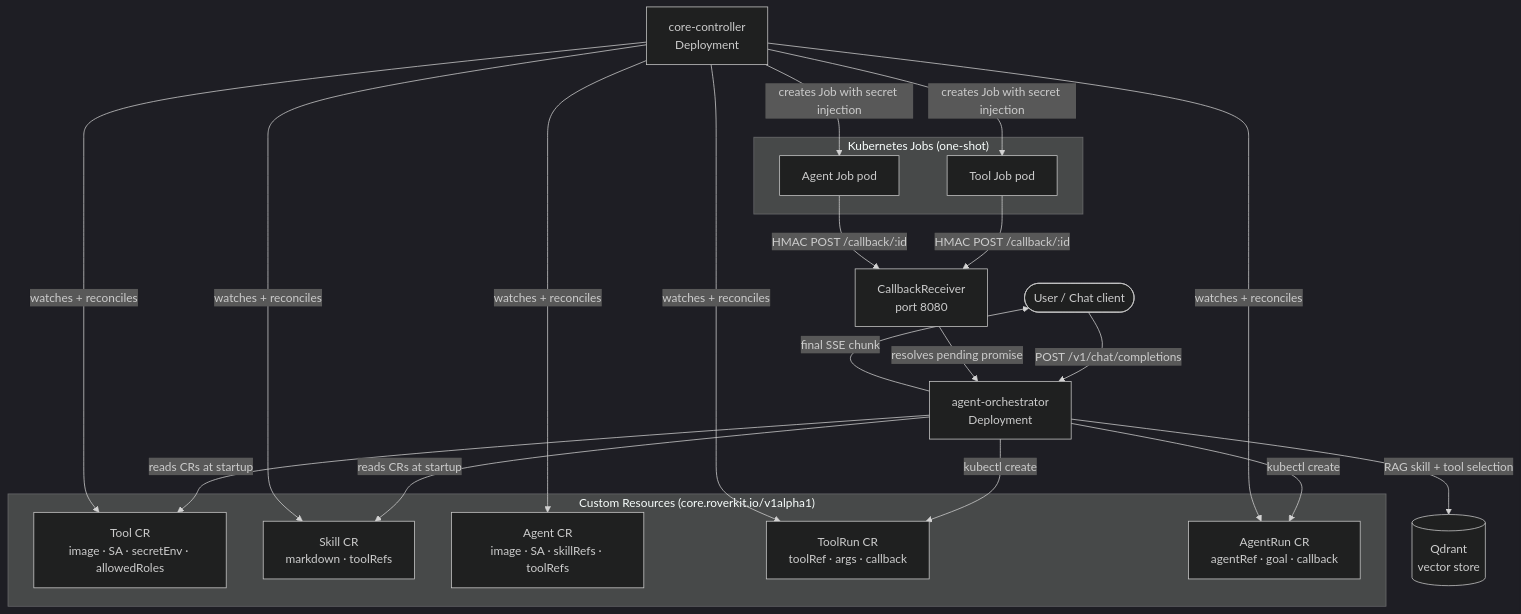
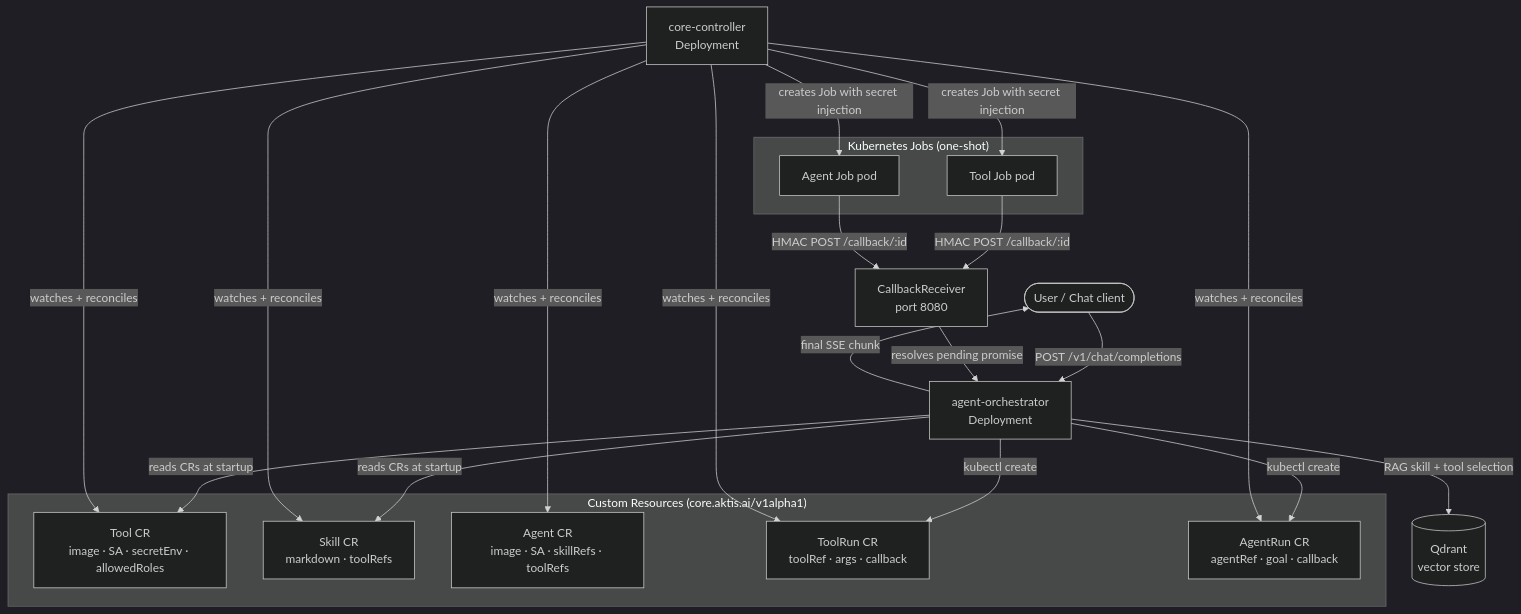
Before and after one commit to imaustink/agent-controller: the diagram in README.md, drawn with Mermaid (dark theme). The commit also changed other lines of this file and 443 other files, not shown here.

First line of the commit message:
refactor: rename roverkit -> aktis (proto package, npm scope, Go modules, CRD API group)

````diff
--- a/README.md
+++ b/README.md
@@ -63,32 +63,32 @@
 ```mermaid
 graph TD
     User([User / Chat client])
     Orchestrator[agent-orchestrator\nDeployment]
     Controller[core-controller\nDeployment]
 
-    subgraph CRDs["Custom Resources (core.roverkit.io/v1alpha1)"]
+    subgraph CRDs["Custom Resources (core.aktis.ai/v1alpha1)"]
         ToolCR[Tool CR\nimage · SA · secretEnv · allowedRoles]
         SkillCR[Skill CR\nmarkdown · toolRefs]
         AgentCR[Agent CR\nimage · SA · skillRefs · toolRefs]
         ToolRunCR[ToolRun CR\ntoolRef · args · callback]
         AgentRunCR[AgentRun CR\nagentRef · goal · callback]
     end
 
     subgraph Jobs["Kubernetes Jobs (one-shot)"]
         ToolJob[Tool Job pod]
         AgentJob[Agent Job pod]
     end
 
     CallbackSrv[CallbackReceiver\nport 8080]
     Qdrant[(Qdrant\nvector store)]
 
     User -->|POST /v1/chat/completions| Orchestrator
     Orchestrator -->|RAG skill + tool selection| Qdrant
     Orchestrator -->|reads CRs at startup| ToolCR & SkillCR
     Orchestrator -->|kubectl create| ToolRunCR & AgentRunCR
     Controller -->|watches + reconciles| ToolRunCR & AgentRunCR & ToolCR & SkillCR & AgentCR
     Controller -->|creates Job with secret injection| ToolJob & AgentJob
     ToolJob & AgentJob -->|HMAC POST /callback/:id| CallbackSrv
     CallbackSrv -->|resolves pending promise| Orchestrator
     Orchestrator -->|final SSE chunk| User
 ```
````
